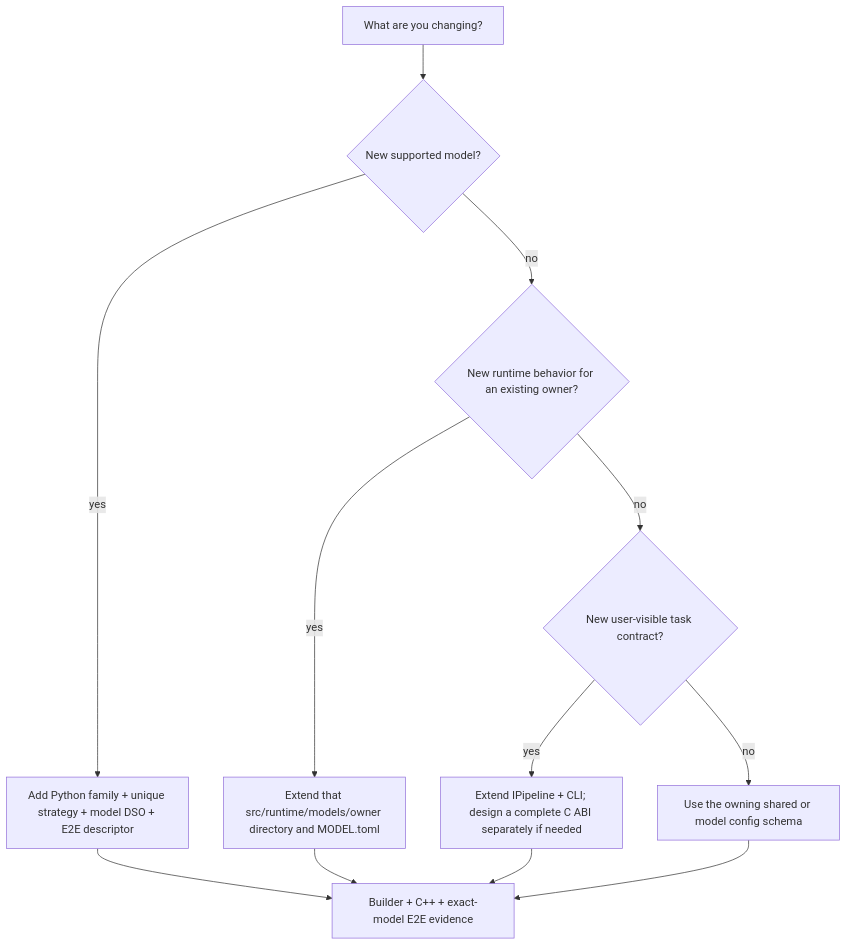
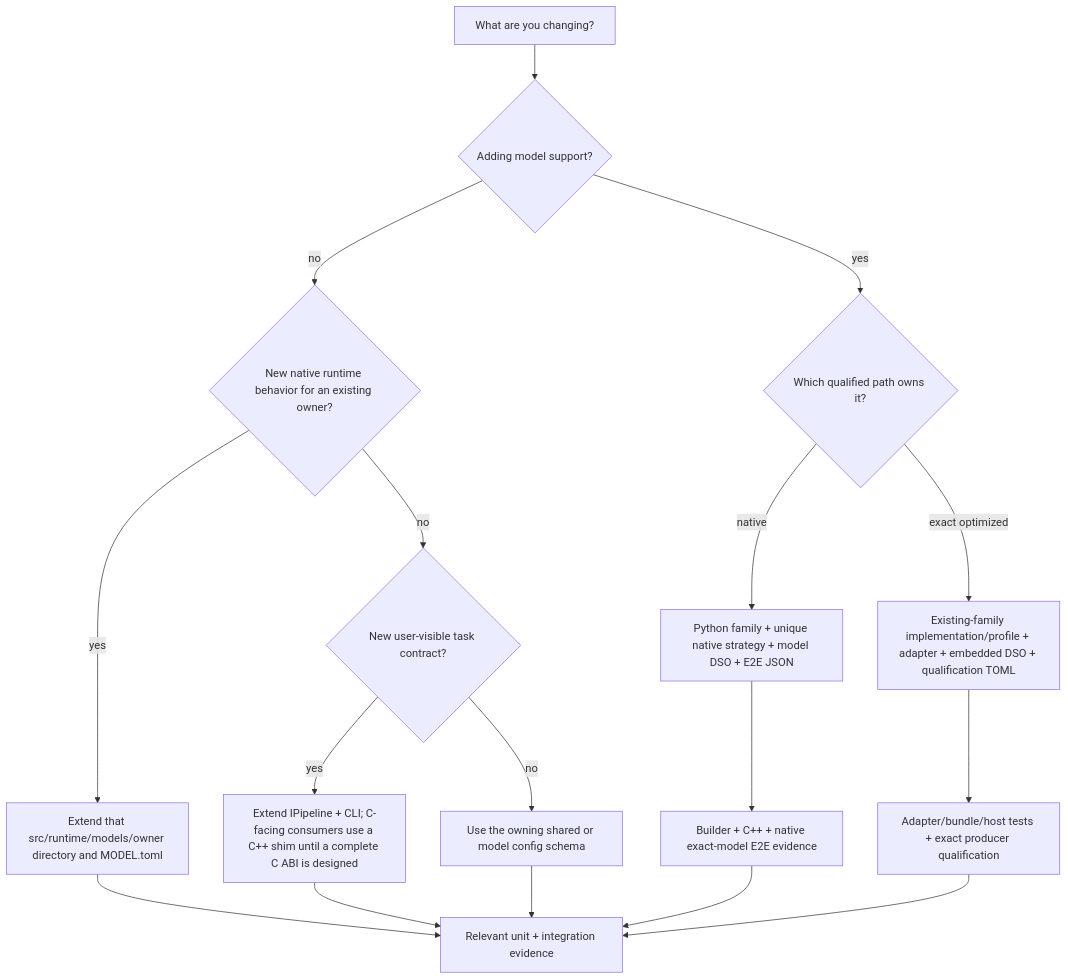
Before and after one commit to NVIDIA/TensorRT-Model-Connect: the fourth of 4 diagrams in website/docs/unit-design/building-blocks.md, drawn with Mermaid. The commit also changed other lines of this file and 18 other files, not shown here.

````diff
--- a/website/docs/unit-design/building-blocks.md
+++ b/website/docs/unit-design/building-blocks.md
@@ -200,14 +206,19 @@
 ```mermaid
 flowchart TD
-  Start["What are you changing?"] --> NewModel{"New supported model?"}
-  NewModel -- yes --> Capsule["Add Python family + unique strategy + model DSO + E2E descriptor"]
-  NewModel -- no --> Runtime{"New runtime behavior for an existing owner?"}
+  Start["What are you changing?"] --> NewModel{"Adding model support?"}
+  NewModel -- yes --> ModelPath{"Which qualified path owns it?"}
+  ModelPath -- "native" --> NativeCapsule["Python family + unique native strategy + model DSO + E2E JSON"]
+  ModelPath -- "exact optimized" --> OptimizedCapsule["Existing-family implementation/profile + adapter + embedded DSO + qualification TOML"]
+  NewModel -- no --> Runtime{"New native runtime behavior for an existing owner?"}
   Runtime -- yes --> Owner["Extend that src/runtime/models/owner directory and MODEL.toml"]
   Runtime -- no --> Public{"New user-visible task contract?"}
-  Public -- yes --> API["Extend IPipeline + CLI; design a complete C ABI separately if needed"]
+  Public -- yes --> API["Extend IPipeline + CLI; C-facing consumers use a C++ shim until a complete C ABI is designed"]
   Public -- no --> Config["Use the owning shared or model config schema"]
-  Capsule --> Tests["Builder + C++ + exact-model E2E evidence"]
+  NativeCapsule --> NativeTests["Builder + C++ + native exact-model E2E evidence"]
+  OptimizedCapsule --> OptimizedTests["Adapter/bundle/host tests + exact producer qualification"]
   Owner --> Tests
   API --> Tests
   Config --> Tests
+  NativeTests --> Tests["Relevant unit + integration evidence"]
+  OptimizedTests --> Tests
 ```
````
